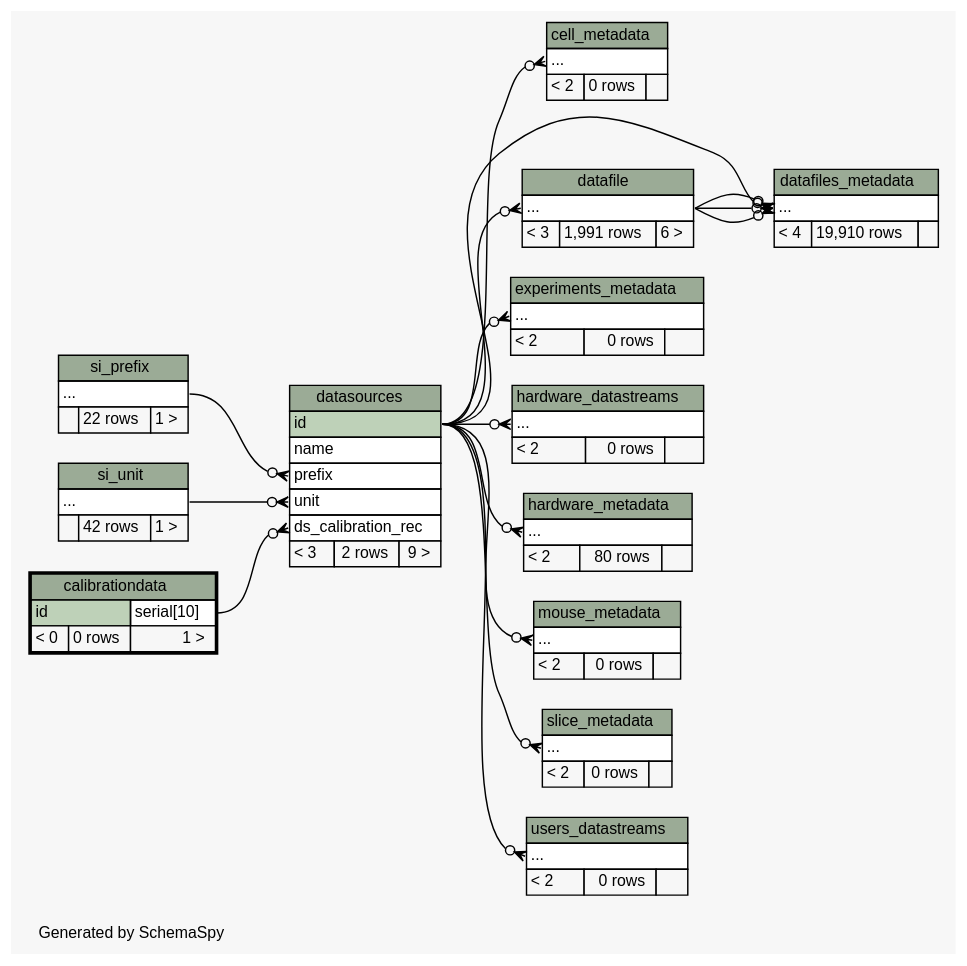
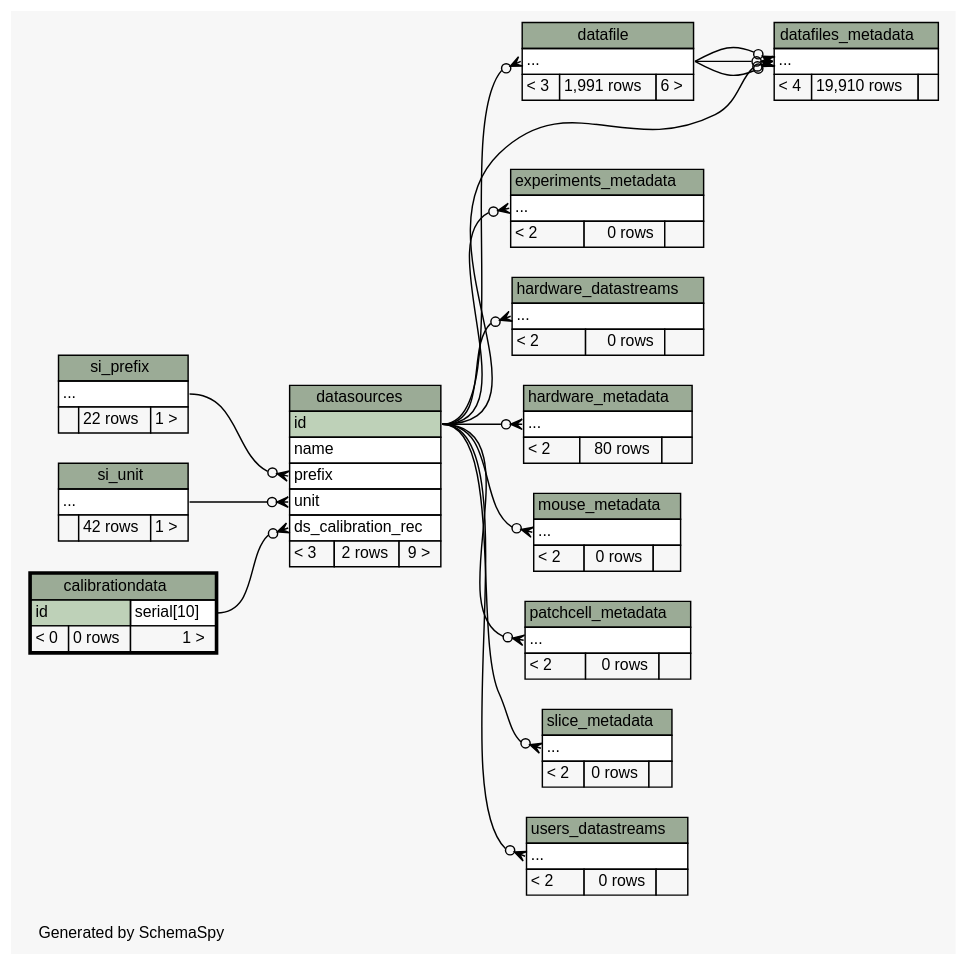
The diagram in database/ss/diagrams/calibrationdata.2degrees.dot (tgbugs/mlab), drawn with Graphviz before and after one commit. The commit also changed 193 other files, not shown here.

```diff
--- a/database/ss/diagrams/calibrationdata.2degrees.dot
+++ b/database/ss/diagrams/calibrationdata.2degrees.dot
@@ -1,171 +1,171 @@
 // dot 2.34.0 on Windows 7 6.1
 // SchemaSpy rev 590
 digraph "twoDegreesRelationshipsDiagram" {
   graph [
     rankdir="RL"
     bgcolor="#f7f7f7"
     label="\nGenerated by SchemaSpy"
     labeljust="l"
     nodesep="0.18"
     ranksep="0.46"
     fontname="Helvetica"
     fontsize="11"
   ];
   node [
     fontname="Helvetica"
     fontsize="11"
     shape="plaintext"
   ];
   edge [
     arrowsize="0.8"
   ];
-  "cell_metadata":"elipses":w -> "datasources":"id":e [arrowhead=none dir=back arrowtail=crowodot];
   "datafile":"elipses":w -> "datasources":"id":e [arrowhead=none dir=back arrowtail=crowodot];
   "datafiles_metadata":"elipses":w -> "datasources":"id":e [arrowhead=none dir=back arrowtail=crowodot];
   "datafiles_metadata":"elipses":w -> "datafile":"elipses":e [arrowhead=none dir=back arrowtail=crowodot];
   "datafiles_metadata":"elipses":w -> "datafile":"elipses":e [arrowhead=none dir=back arrowtail=crowodot];
   "datafiles_metadata":"elipses":w -> "datafile":"elipses":e [arrowhead=none dir=back arrowtail=crowodot];
   "datasources":"ds_calibration_rec":w -> "calibrationdata":"id.type":e [arrowhead=none dir=back arrowtail=crowodot];
   "datasources":"prefix":w -> "si_prefix":"elipses":e [arrowhead=none dir=back arrowtail=crowodot];
   "datasources":"unit":w -> "si_unit":"elipses":e [arrowhead=none dir=back arrowtail=crowodot];
   "experiments_metadata":"elipses":w -> "datasources":"id":e [arrowhead=none dir=back arrowtail=crowodot];
   "hardware_datastreams":"elipses":w -> "datasources":"id":e [arrowhead=none dir=back arrowtail=crowodot];
   "hardware_metadata":"elipses":w -> "datasources":"id":e [arrowhead=none dir=back arrowtail=crowodot];
   "mouse_metadata":"elipses":w -> "datasources":"id":e [arrowhead=none dir=back arrowtail=crowodot];
+  "patchcell_metadata":"elipses":w -> "datasources":"id":e [arrowhead=none dir=back arrowtail=crowodot];
   "slice_metadata":"elipses":w -> "datasources":"id":e [arrowhead=none dir=back arrowtail=crowodot];
   "users_datastreams":"elipses":w -> "datasources":"id":e [arrowhead=none dir=back arrowtail=crowodot];
   "calibrationdata" [
     label=<
     <TABLE BORDER="2" CELLBORDER="1" CELLSPACING="0" BGCOLOR="#ffffff">
       <TR><TD COLSPAN="3" BGCOLOR="#9bab96" ALIGN="CENTER">calibrationdata</TD></TR>
       <TR><TD PORT="id" COLSPAN="2" BGCOLOR="#bed1b8" ALIGN="LEFT">id</TD><TD PORT="id.type" ALIGN="LEFT">serial[10]</TD></TR>
       <TR><TD ALIGN="LEFT" BGCOLOR="#f7f7f7">&lt; 0</TD><TD ALIGN="RIGHT" BGCOLOR="#f7f7f7">0 rows</TD><TD ALIGN="RIGHT" BGCOLOR="#f7f7f7">1 &gt;</TD></TR>
     </TABLE>>
     URL="calibrationdata.html"
     tooltip="calibrationdata"
-  ];
-  "cell_metadata" [
-    label=<
-    <TABLE BORDER="0" CELLBORDER="1" CELLSPACING="0" BGCOLOR="#ffffff">
-      <TR><TD COLSPAN="3" BGCOLOR="#9bab96" ALIGN="CENTER">cell_metadata</TD></TR>
-      <TR><TD PORT="elipses" COLSPAN="3" ALIGN="LEFT">...</TD></TR>
-      <TR><TD ALIGN="LEFT" BGCOLOR="#f7f7f7">&lt; 2</TD><TD ALIGN="RIGHT" BGCOLOR="#f7f7f7">0 rows</TD><TD ALIGN="RIGHT" BGCOLOR="#f7f7f7">  </TD></TR>
-    </TABLE>>
-    URL="cell_metadata.html"
-    tooltip="cell_metadata"
   ];
   "datafile" [
     label=<
     <TABLE BORDER="0" CELLBORDER="1" CELLSPACING="0" BGCOLOR="#ffffff">
       <TR><TD COLSPAN="3" BGCOLOR="#9bab96" ALIGN="CENTER">datafile</TD></TR>
       <TR><TD PORT="elipses" COLSPAN="3" ALIGN="LEFT">...</TD></TR>
       <TR><TD ALIGN="LEFT" BGCOLOR="#f7f7f7">&lt; 3</TD><TD ALIGN="RIGHT" BGCOLOR="#f7f7f7">1,991 rows</TD><TD ALIGN="RIGHT" BGCOLOR="#f7f7f7">6 &gt;</TD></TR>
     </TABLE>>
     URL="datafile.html"
     tooltip="datafile"
   ];
   "datafiles_metadata" [
     label=<
     <TABLE BORDER="0" CELLBORDER="1" CELLSPACING="0" BGCOLOR="#ffffff">
       <TR><TD COLSPAN="3" BGCOLOR="#9bab96" ALIGN="CENTER">datafiles_metadata</TD></TR>
       <TR><TD PORT="elipses" COLSPAN="3" ALIGN="LEFT">...</TD></TR>
       <TR><TD ALIGN="LEFT" BGCOLOR="#f7f7f7">&lt; 4</TD><TD ALIGN="RIGHT" BGCOLOR="#f7f7f7">19,910 rows</TD><TD ALIGN="RIGHT" BGCOLOR="#f7f7f7">  </TD></TR>
     </TABLE>>
     URL="datafiles_metadata.html"
     tooltip="datafiles_metadata"
   ];
   "datasources" [
     label=<
     <TABLE BORDER="0" CELLBORDER="1" CELLSPACING="0" BGCOLOR="#ffffff">
       <TR><TD COLSPAN="3" BGCOLOR="#9bab96" ALIGN="CENTER">datasources</TD></TR>
       <TR><TD PORT="id" COLSPAN="3" BGCOLOR="#bed1b8" ALIGN="LEFT">id</TD></TR>
       <TR><TD PORT="name" COLSPAN="3" ALIGN="LEFT">name</TD></TR>
       <TR><TD PORT="prefix" COLSPAN="3" ALIGN="LEFT">prefix</TD></TR>
       <TR><TD PORT="unit" COLSPAN="3" ALIGN="LEFT">unit</TD></TR>
       <TR><TD PORT="ds_calibration_rec" COLSPAN="3" ALIGN="LEFT">ds_calibration_rec</TD></TR>
       <TR><TD ALIGN="LEFT" BGCOLOR="#f7f7f7">&lt; 3</TD><TD ALIGN="RIGHT" BGCOLOR="#f7f7f7">2 rows</TD><TD ALIGN="RIGHT" BGCOLOR="#f7f7f7">9 &gt;</TD></TR>
     </TABLE>>
     URL="datasources.html"
     tooltip="datasources"
   ];
   "experiments_metadata" [
     label=<
     <TABLE BORDER="0" CELLBORDER="1" CELLSPACING="0" BGCOLOR="#ffffff">
       <TR><TD COLSPAN="3" BGCOLOR="#9bab96" ALIGN="CENTER">experiments_metadata</TD></TR>
       <TR><TD PORT="elipses" COLSPAN="3" ALIGN="LEFT">...</TD></TR>
       <TR><TD ALIGN="LEFT" BGCOLOR="#f7f7f7">&lt; 2</TD><TD ALIGN="RIGHT" BGCOLOR="#f7f7f7">0 rows</TD><TD ALIGN="RIGHT" BGCOLOR="#f7f7f7">  </TD></TR>
     </TABLE>>
     URL="experiments_metadata.html"
     tooltip="experiments_metadata"
   ];
   "hardware_datastreams" [
     label=<
     <TABLE BORDER="0" CELLBORDER="1" CELLSPACING="0" BGCOLOR="#ffffff">
       <TR><TD COLSPAN="3" BGCOLOR="#9bab96" ALIGN="CENTER">hardware_datastreams</TD></TR>
       <TR><TD PORT="elipses" COLSPAN="3" ALIGN="LEFT">...</TD></TR>
       <TR><TD ALIGN="LEFT" BGCOLOR="#f7f7f7">&lt; 2</TD><TD ALIGN="RIGHT" BGCOLOR="#f7f7f7">0 rows</TD><TD ALIGN="RIGHT" BGCOLOR="#f7f7f7">  </TD></TR>
     </TABLE>>
     URL="hardware_datastreams.html"
     tooltip="hardware_datastreams"
   ];
   "hardware_metadata" [
     label=<
     <TABLE BORDER="0" CELLBORDER="1" CELLSPACING="0" BGCOLOR="#ffffff">
       <TR><TD COLSPAN="3" BGCOLOR="#9bab96" ALIGN="CENTER">hardware_metadata</TD></TR>
       <TR><TD PORT="elipses" COLSPAN="3" ALIGN="LEFT">...</TD></TR>
       <TR><TD ALIGN="LEFT" BGCOLOR="#f7f7f7">&lt; 2</TD><TD ALIGN="RIGHT" BGCOLOR="#f7f7f7">80 rows</TD><TD ALIGN="RIGHT" BGCOLOR="#f7f7f7">  </TD></TR>
     </TABLE>>
     URL="hardware_metadata.html"
     tooltip="hardware_metadata"
   ];
   "mouse_metadata" [
     label=<
     <TABLE BORDER="0" CELLBORDER="1" CELLSPACING="0" BGCOLOR="#ffffff">
       <TR><TD COLSPAN="3" BGCOLOR="#9bab96" ALIGN="CENTER">mouse_metadata</TD></TR>
       <TR><TD PORT="elipses" COLSPAN="3" ALIGN="LEFT">...</TD></TR>
       <TR><TD ALIGN="LEFT" BGCOLOR="#f7f7f7">&lt; 2</TD><TD ALIGN="RIGHT" BGCOLOR="#f7f7f7">0 rows</TD><TD ALIGN="RIGHT" BGCOLOR="#f7f7f7">  </TD></TR>
     </TABLE>>
     URL="mouse_metadata.html"
     tooltip="mouse_metadata"
   ];
+  "patchcell_metadata" [
+    label=<
+    <TABLE BORDER="0" CELLBORDER="1" CELLSPACING="0" BGCOLOR="#ffffff">
+      <TR><TD COLSPAN="3" BGCOLOR="#9bab96" ALIGN="CENTER">patchcell_metadata</TD></TR>
+      <TR><TD PORT="elipses" COLSPAN="3" ALIGN="LEFT">...</TD></TR>
+      <TR><TD ALIGN="LEFT" BGCOLOR="#f7f7f7">&lt; 2</TD><TD ALIGN="RIGHT" BGCOLOR="#f7f7f7">0 rows</TD><TD ALIGN="RIGHT" BGCOLOR="#f7f7f7">  </TD></TR>
+    </TABLE>>
+    URL="patchcell_metadata.html"
+    tooltip="patchcell_metadata"
+  ];
   "si_prefix" [
     label=<
     <TABLE BORDER="0" CELLBORDER="1" CELLSPACING="0" BGCOLOR="#ffffff">
       <TR><TD COLSPAN="3" BGCOLOR="#9bab96" ALIGN="CENTER">si_prefix</TD></TR>
       <TR><TD PORT="elipses" COLSPAN="3" ALIGN="LEFT">...</TD></TR>
       <TR><TD ALIGN="LEFT" BGCOLOR="#f7f7f7">  </TD><TD ALIGN="RIGHT" BGCOLOR="#f7f7f7">22 rows</TD><TD ALIGN="RIGHT" BGCOLOR="#f7f7f7">1 &gt;</TD></TR>
     </TABLE>>
     URL="si_prefix.html"
     tooltip="si_prefix"
   ];
   "si_unit" [
     label=<
     <TABLE BORDER="0" CELLBORDER="1" CELLSPACING="0" BGCOLOR="#ffffff">
       <TR><TD COLSPAN="3" BGCOLOR="#9bab96" ALIGN="CENTER">si_unit</TD></TR>
       <TR><TD PORT="elipses" COLSPAN="3" ALIGN="LEFT">...</TD></TR>
       <TR><TD ALIGN="LEFT" BGCOLOR="#f7f7f7">  </TD><TD ALIGN="RIGHT" BGCOLOR="#f7f7f7">42 rows</TD><TD ALIGN="RIGHT" BGCOLOR="#f7f7f7">1 &gt;</TD></TR>
     </TABLE>>
     URL="si_unit.html"
     tooltip="si_unit"
   ];
   "slice_metadata" [
     label=<
     <TABLE BORDER="0" CELLBORDER="1" CELLSPACING="0" BGCOLOR="#ffffff">
       <TR><TD COLSPAN="3" BGCOLOR="#9bab96" ALIGN="CENTER">slice_metadata</TD></TR>
       <TR><TD PORT="elipses" COLSPAN="3" ALIGN="LEFT">...</TD></TR>
       <TR><TD ALIGN="LEFT" BGCOLOR="#f7f7f7">&lt; 2</TD><TD ALIGN="RIGHT" BGCOLOR="#f7f7f7">0 rows</TD><TD ALIGN="RIGHT" BGCOLOR="#f7f7f7">  </TD></TR>
     </TABLE>>
     URL="slice_metadata.html"
     tooltip="slice_metadata"
   ];
   "users_datastreams" [
     label=<
     <TABLE BORDER="0" CELLBORDER="1" CELLSPACING="0" BGCOLOR="#ffffff">
       <TR><TD COLSPAN="3" BGCOLOR="#9bab96" ALIGN="CENTER">users_datastreams</TD></TR>
       <TR><TD PORT="elipses" COLSPAN="3" ALIGN="LEFT">...</TD></TR>
       <TR><TD ALIGN="LEFT" BGCOLOR="#f7f7f7">&lt; 2</TD><TD ALIGN="RIGHT" BGCOLOR="#f7f7f7">0 rows</TD><TD ALIGN="RIGHT" BGCOLOR="#f7f7f7">  </TD></TR>
     </TABLE>>
     URL="users_datastreams.html"
     tooltip="users_datastreams"
   ];
 }
```
